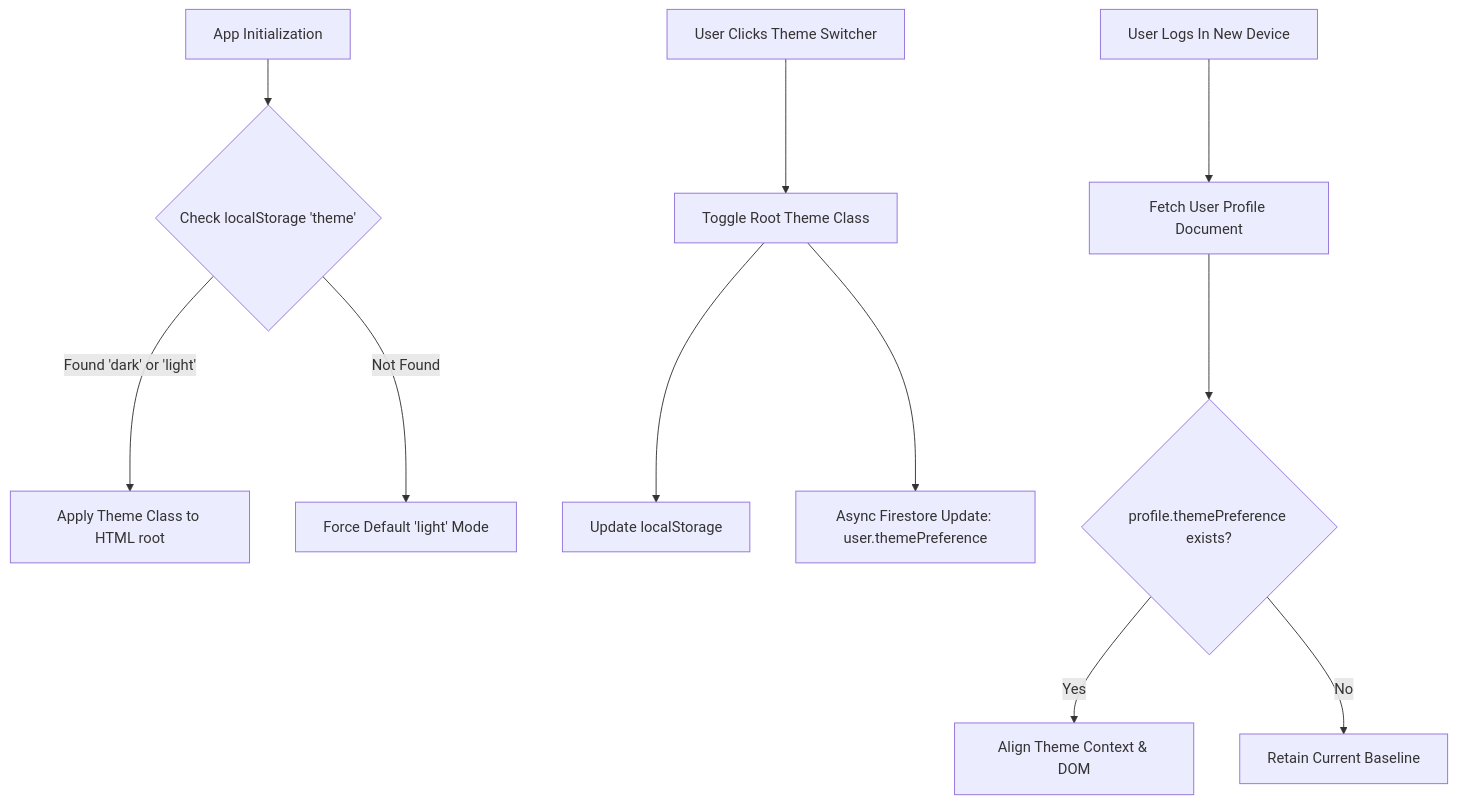
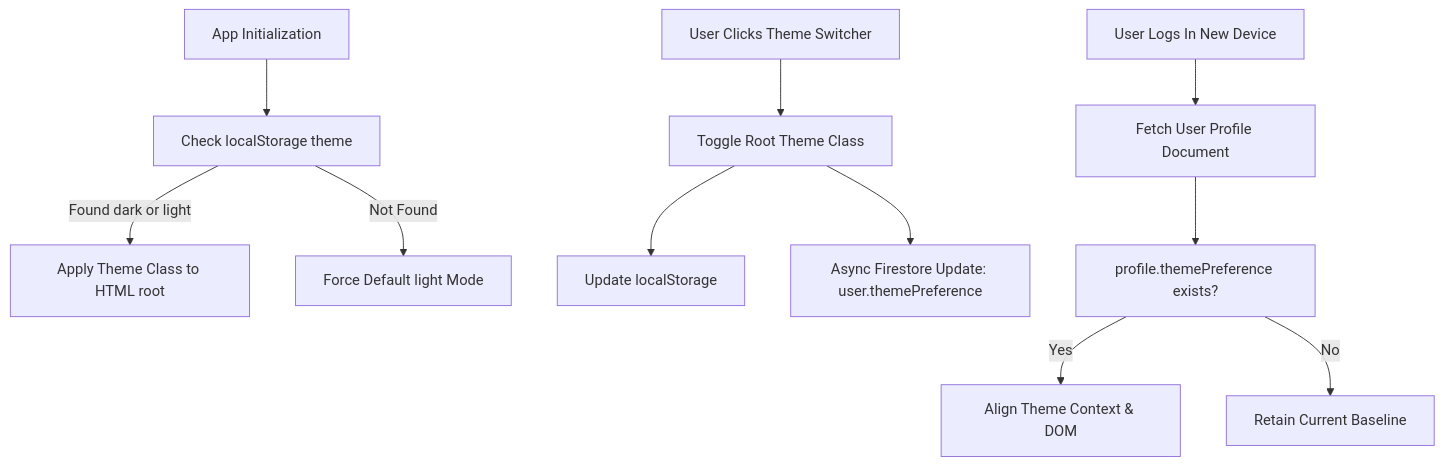
The fourth of 5 diagrams in README.md (shubhrgunjan/TJ-Tasks-2026-Shubhr-Gunjan), drawn with Mermaid before and after one commit. The commit also changed other lines of this file and 3 other files, not shown here.

Commit message:
fix: github mermaid diagram syntax, rich seeded test mode data with dynamic UIDs, and cache-busting custom SVG favicon

````diff
--- a/README.md
+++ b/README.md
@@ -115,15 +115,15 @@
 ```mermaid
 flowchart TD
-    A[App Initialization] --> B{Check localStorage 'theme'}
-    B -- Found 'dark' or 'light' --> C[Apply Theme Class to HTML root]
-    B -- Not Found --> D[Force Default 'light' Mode]
+    A["App Initialization"] --> B["Check localStorage theme"]
+    B -- "Found dark or light" --> C["Apply Theme Class to HTML root"]
+    B -- "Not Found" --> D["Force Default light Mode"]
     
-    E[User Clicks Theme Switcher] --> F[Toggle Root Theme Class]
-    F --> G[Update localStorage]
-    F --> H[Async Firestore Update: user.themePreference]
+    E["User Clicks Theme Switcher"] --> F["Toggle Root Theme Class"]
+    F --> G["Update localStorage"]
+    F --> H["Async Firestore Update: user.themePreference"]
     
-    I[User Logs In New Device] --> J[Fetch User Profile Document]
-    J --> K{profile.themePreference exists?}
-    K -- Yes --> L[Align Theme Context & DOM]
-    K -- No --> M[Retain Current Baseline]
+    I["User Logs In New Device"] --> J["Fetch User Profile Document"]
+    J --> K["profile.themePreference exists?"]
+    K -- "Yes" --> L["Align Theme Context & DOM"]
+    K -- "No" --> M["Retain Current Baseline"]
 ```
````
